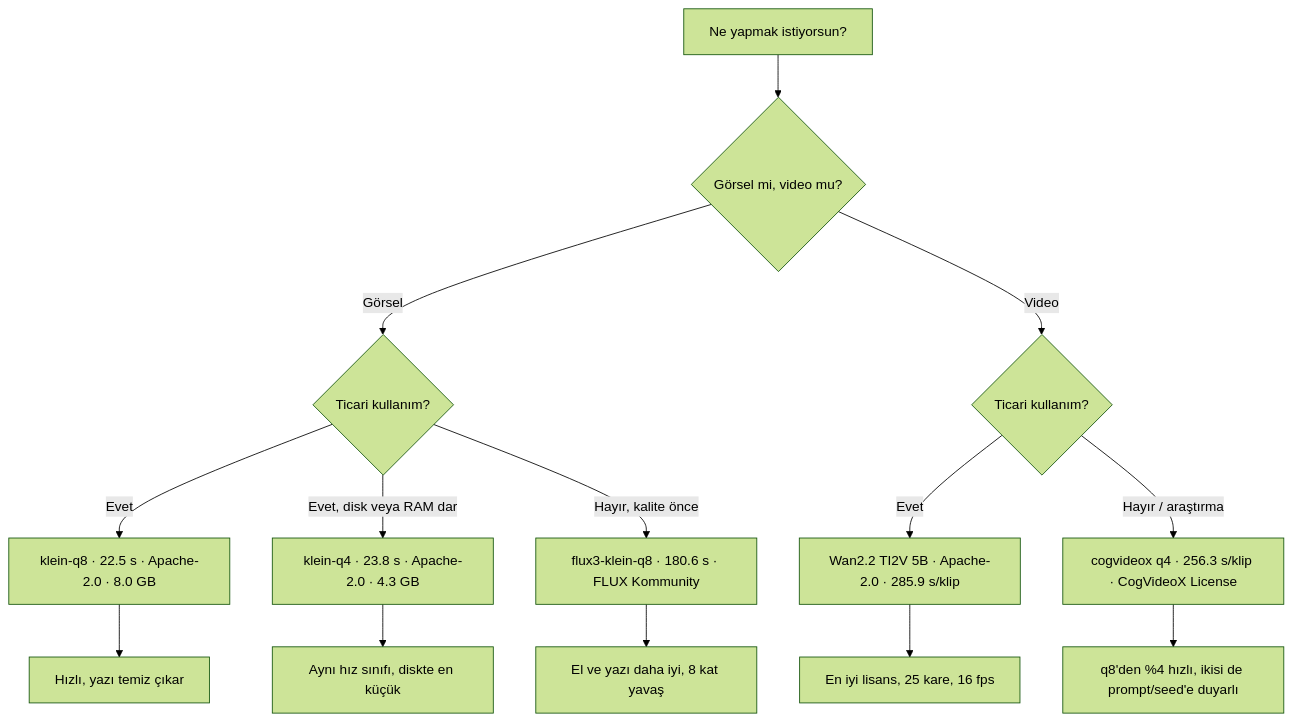
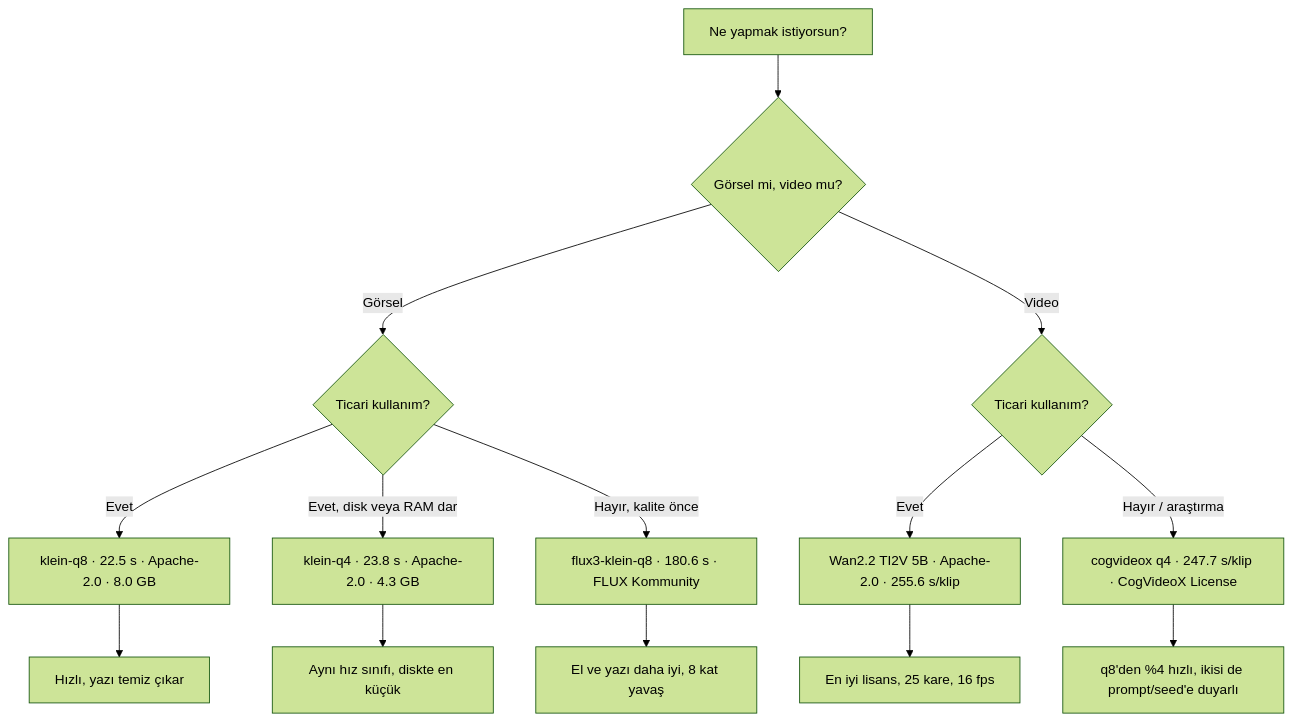
Before and after one commit to mahirfatih/local-generation-benchmark-m1-max: the diagram in README.tr.md, drawn with Mermaid (forest theme). The commit also changed other lines of this file and 23 other files, not shown here.

````diff
--- a/README.tr.md
+++ b/README.tr.md
@@ -43,16 +43,16 @@
 ```mermaid
 flowchart TD
     A[Ne yapmak istiyorsun?] --> B{Görsel mi, video mu?}
     B -->|Görsel| C{Ticari kullanım?}
     B -->|Video| D{Ticari kullanım?}
     C -->|Evet| E[klein-q8 · 22.5 s · Apache-2.0 · 8.0 GB]
     C -->|Evet, disk veya RAM dar| E4[klein-q4 · 23.8 s · Apache-2.0 · 4.3 GB]
     C -->|Hayır, kalite önce| F[flux3-klein-q8 · 180.6 s · FLUX Kommunity]
-    D -->|Evet| G[Wan2.2 TI2V 5B · Apache-2.0 · 285.9 s/klip]
-    D -->|Hayır / araştırma| H[cogvideox q4 · 256.3 s/klip · CogVideoX License]
+    D -->|Evet| G[Wan2.2 TI2V 5B · Apache-2.0 · 255.6 s/klip]
+    D -->|Hayır / araştırma| H[cogvideox q4 · 247.7 s/klip · CogVideoX License]
     E --> I[Hızlı, yazı temiz çıkar]
     E4 --> I4[Aynı hız sınıfı, diskte en küçük]
     F --> J[El ve yazı daha iyi, 8 kat yavaş]
     G --> K[En iyi lisans, 25 kare, 16 fps]
     H --> L[q8'den %4 hızlı, ikisi de prompt/seed'e duyarlı]
 ```
````
